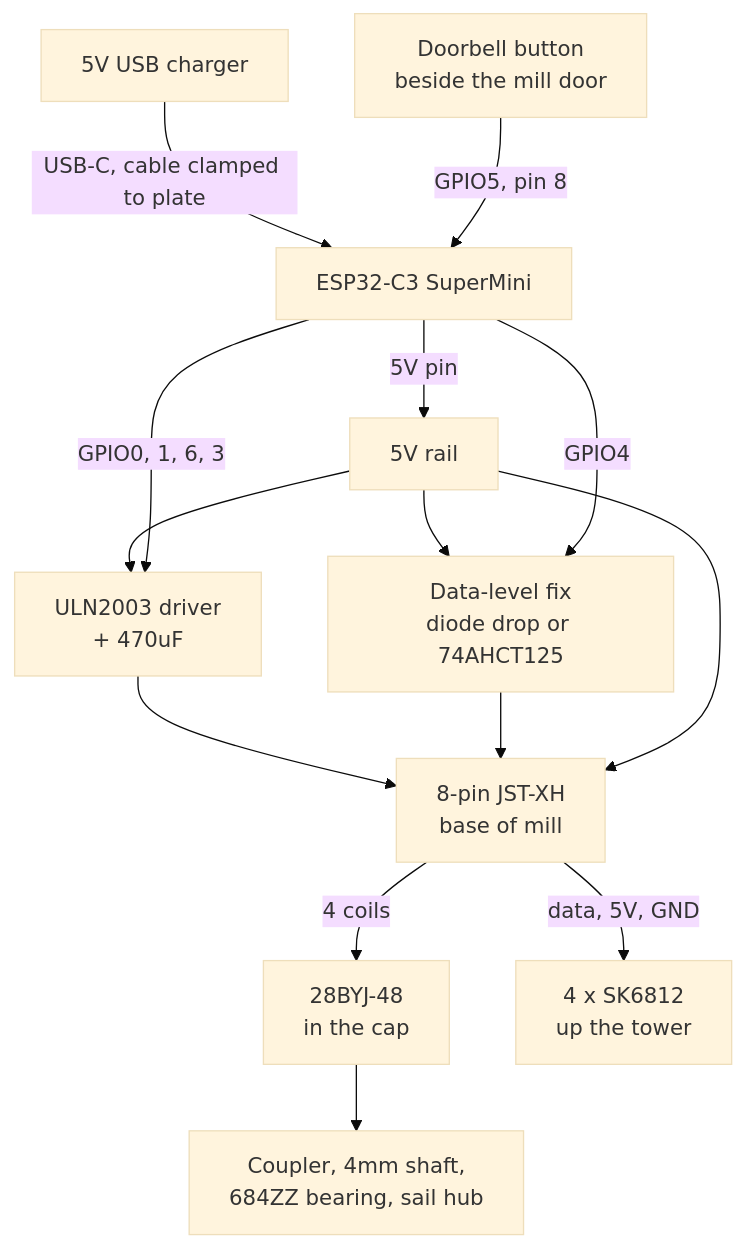
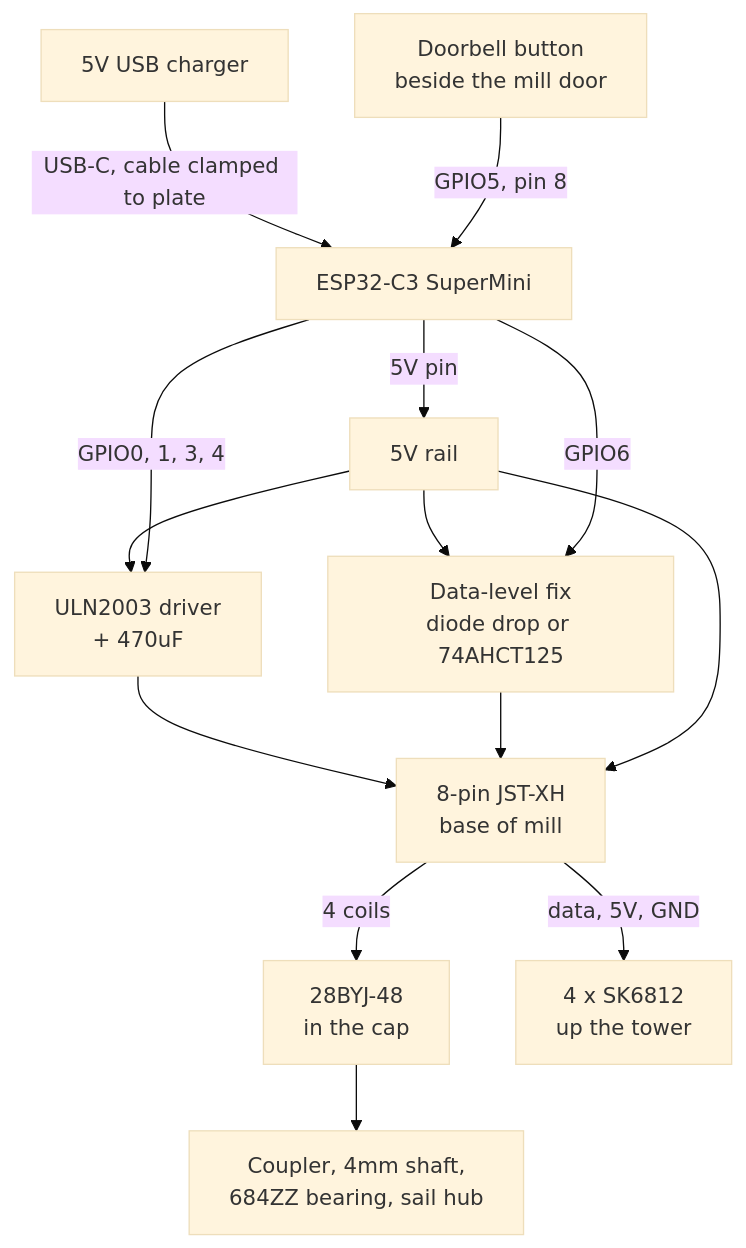
Before and after one commit to pturner1989/esp-windmill: the diagram in spec.md, drawn with Mermaid (base theme). The commit also changed other lines of this file and 5 other files, not shown here.

````diff
--- a/spec.md
+++ b/spec.md
@@ -236,21 +236,21 @@
 ```mermaid
 flowchart TD
   PSU[5V USB charger] -->|USB-C, cable clamped to plate| ESP[ESP32-C3 SuperMini]
 
   ESP -->|5V pin| RAIL[5V rail]
   RAIL --> ULN[ULN2003 driver<br/>+ 470uF]
   RAIL --> SHIFT[Data-level fix<br/>diode drop or 74AHCT125]
 
-  ESP -->|GPIO0, 1, 6, 3| ULN
-  ESP -->|GPIO4| SHIFT
+  ESP -->|GPIO0, 1, 3, 4| ULN
+  ESP -->|GPIO6| SHIFT
   BTN[Doorbell button<br/>beside the mill door] -->|GPIO5, pin 8| ESP
 
   ULN --> J7
   SHIFT --> J7
   RAIL --> J7[8-pin JST-XH<br/>base of mill]
 
   J7 -->|4 coils| MOT[28BYJ-48<br/>in the cap]
   J7 -->|data, 5V, GND| PIX[4 x SK6812<br/>up the tower]
 
   MOT --> SHAFT[Coupler, 4mm shaft,<br/>684ZZ bearing, sail hub]
 ```
````
